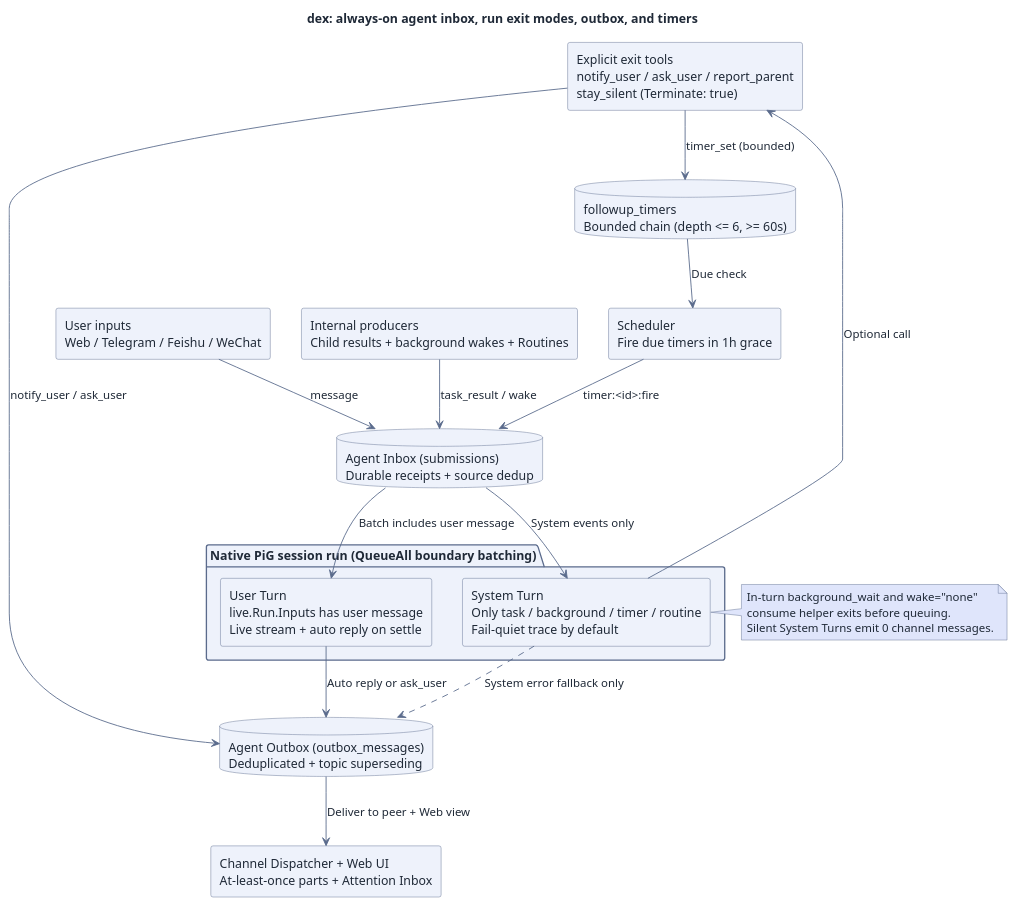
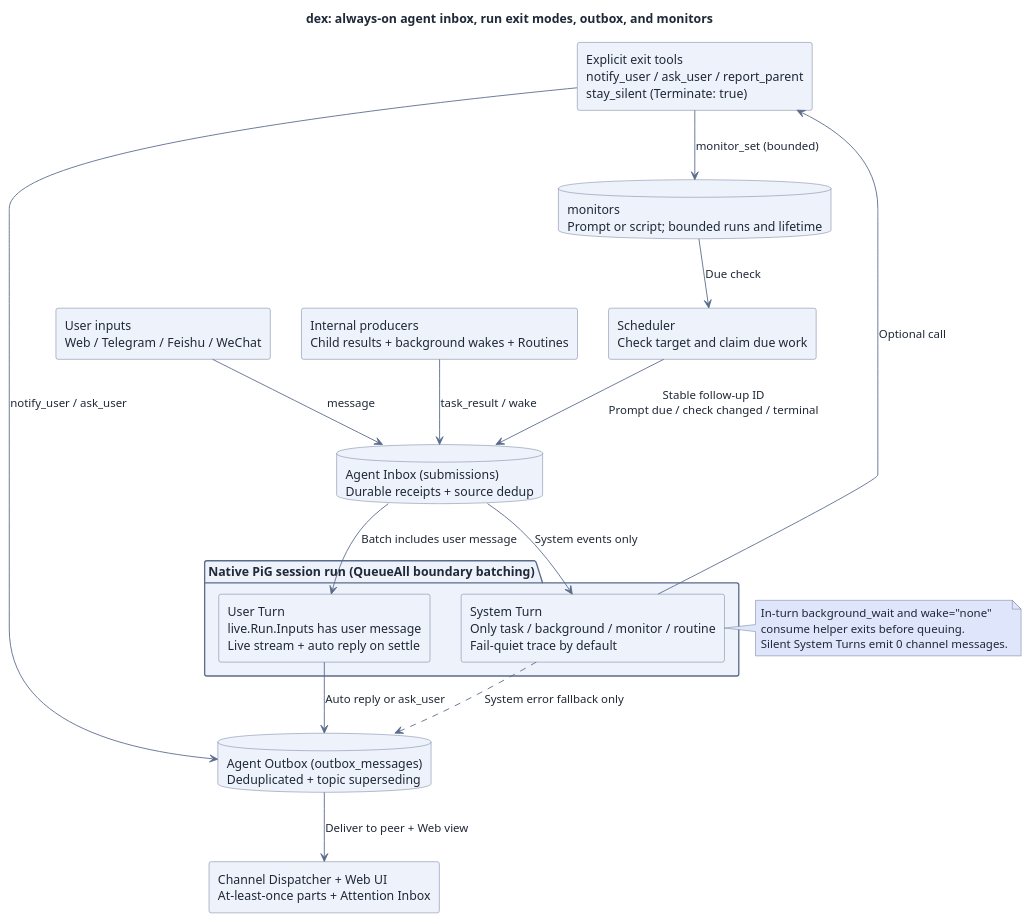
Before and after one commit to recally-io/dex: the diagram in docs/assets/src/always-on-flow.puml, drawn with PlantUML. The commit also changed 47 other files, not shown here.

First line of the commit message:
control: Replace session timers with bounded monitors (#259)

```diff
--- a/docs/assets/src/always-on-flow.puml
+++ b/docs/assets/src/always-on-flow.puml
@@ -1,56 +1,56 @@
 @startuml
 skinparam RectangleBackgroundColor #eef2fb
 skinparam RectangleBorderColor #5b6b8c
 skinparam RectangleFontColor #1f2937
 skinparam DatabaseBackgroundColor #eef2fb
 skinparam DatabaseBorderColor #5b6b8c
 skinparam DatabaseFontColor #1f2937
 skinparam PackageBackgroundColor #eef2fb
 skinparam PackageBorderColor #5b6b8c
 skinparam DefaultFontColor #1f2937
 skinparam ArrowColor #5b6b8c
 skinparam ArrowFontColor #1f2937
 skinparam NoteBackgroundColor #dfe5fb
 skinparam NoteBorderColor #5b6b8c
 skinparam NoteFontColor #1f2937
 skinparam BackgroundColor #ffffff
-title dex: always-on agent inbox, run exit modes, outbox, and timers
+title dex: always-on agent inbox, run exit modes, outbox, and monitors
 top to bottom direction
 
 rectangle "User inputs\nWeb / Telegram / Feishu / WeChat" as user_in
 rectangle "Internal producers\nChild results + background wakes + Routines" as sys_in
-database "followup_timers\nBounded chain (depth <= 6, >= 60s)" as timers
-rectangle "Scheduler\nFire due timers in 1h grace" as sched
+database "monitors\nPrompt or script; bounded runs and lifetime" as monitors
+rectangle "Scheduler\nCheck target and claim due work" as sched
 
 database "Agent Inbox (submissions)\nDurable receipts + source dedup" as inbox
 
 package "Native PiG session run (QueueAll boundary batching)" as run {
   rectangle "User Turn\nlive.Run.Inputs has user message\nLive stream + auto reply on settle" as user_turn
-  rectangle "System Turn\nOnly task / background / timer / routine\nFail-quiet trace by default" as sys_turn
+  rectangle "System Turn\nOnly task / background / monitor / routine\nFail-quiet trace by default" as sys_turn
 }
 
 rectangle "Explicit exit tools\nnotify_user / ask_user / report_parent\nstay_silent (Terminate: true)" as tools
 database "Agent Outbox (outbox_messages)\nDeduplicated + topic superseding" as outbox
 rectangle "Channel Dispatcher + Web UI\nAt-least-once parts + Attention Inbox" as dispatch
 
-timers --> sched : Due check
-sched --> inbox : timer:<id>:fire
+monitors --> sched : Due check
+sched --> inbox : Stable follow-up ID\nPrompt due / check changed / terminal
 user_in --> inbox : message
 sys_in --> inbox : task_result / wake
 
 inbox --> user_turn : Batch includes user message
 inbox --> sys_turn : System events only
 
 user_turn --> outbox : Auto reply or ask_user
 sys_turn --> tools : Optional call
 tools --> outbox : notify_user / ask_user
-tools --> timers : timer_set (bounded)
+tools --> monitors : monitor_set (bounded)
 sys_turn ..> outbox : System error fallback only
 
 outbox --> dispatch : Deliver to peer + Web view
 note right of sys_turn
   In-turn background_wait and wake="none"
   consume helper exits before queuing.
   Silent System Turns emit 0 channel messages.
 end note
 @enduml
```
